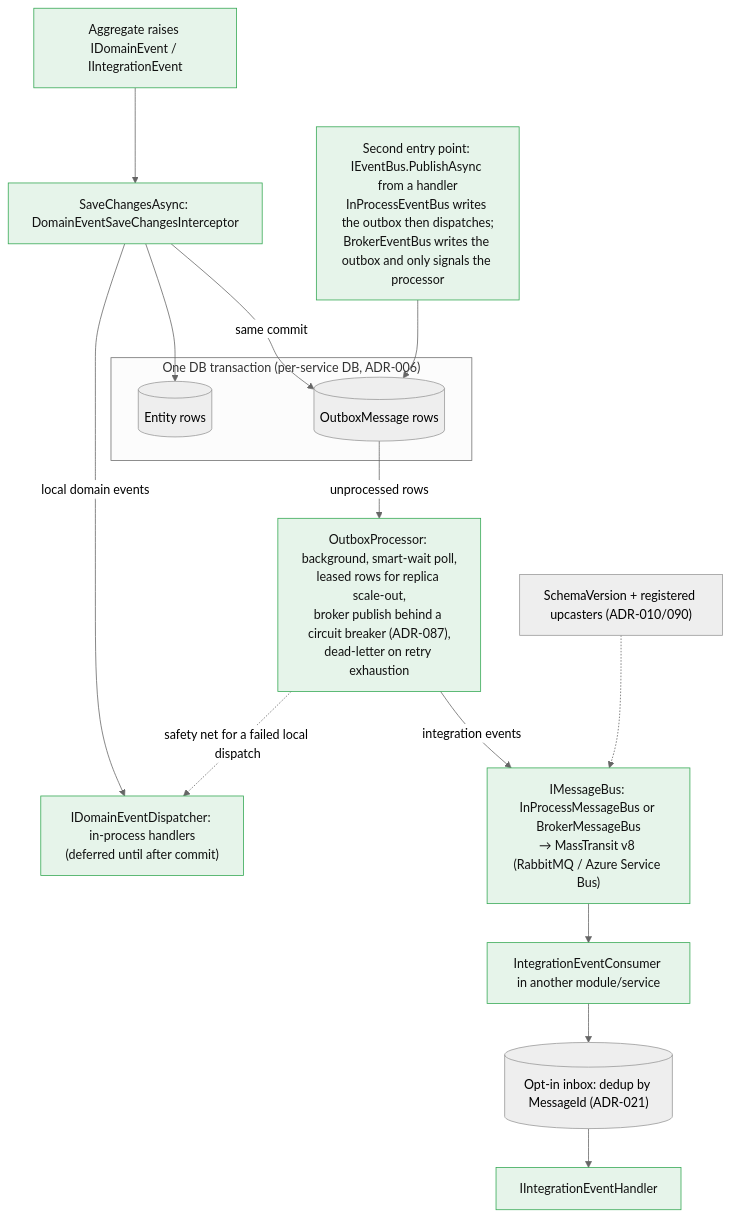
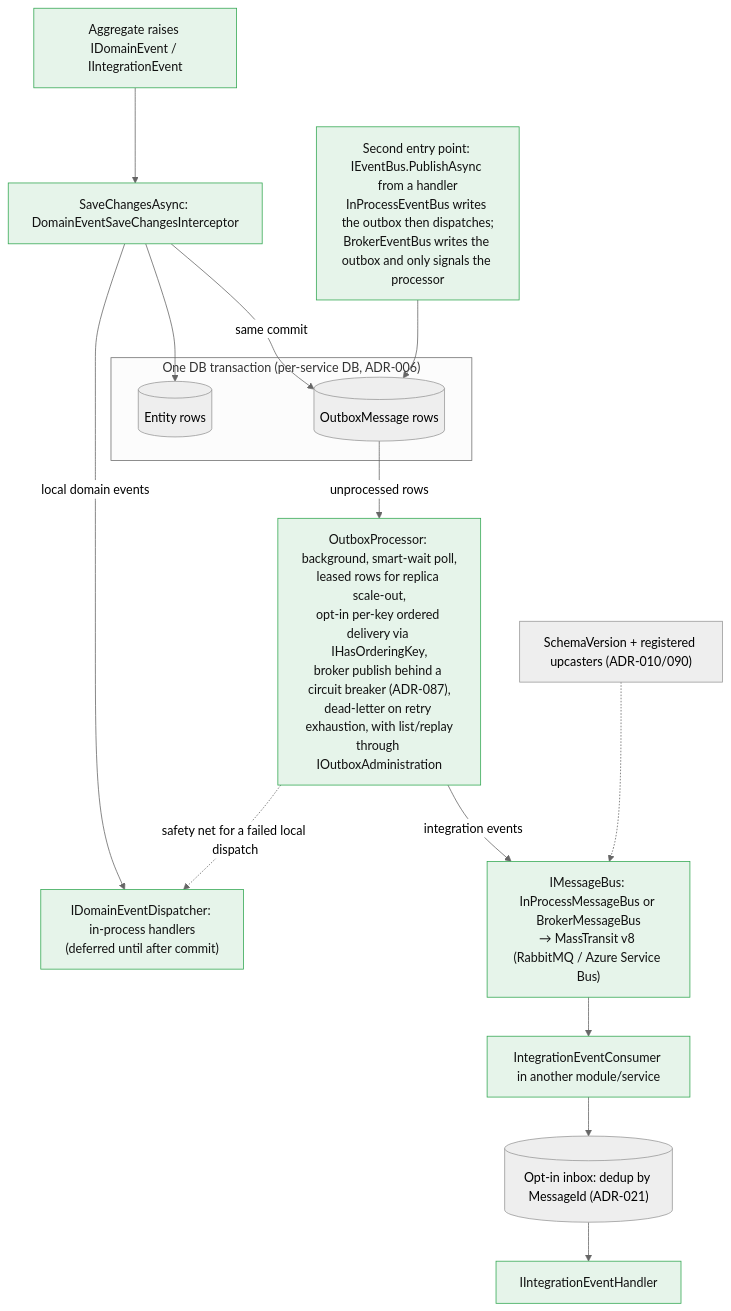
The sixth of 15 diagrams in docs-src/onboarding/CONCEPT-MAPS.md (ivanball/ivanball.github.io), drawn with Mermaid (neutral theme) before and after one commit. The commit also changed other lines of this file and 79 other files, not shown here.

````diff
--- a/docs-src/onboarding/CONCEPT-MAPS.md
+++ b/docs-src/onboarding/CONCEPT-MAPS.md
@@ -342,30 +363,30 @@
 ```mermaid
 flowchart TD
     AGG["Aggregate raises IDomainEvent / IIntegrationEvent"]
     SAVE["SaveChangesAsync: DomainEventSaveChangesInterceptor"]
     EBUS["Second entry point: IEventBus.PublishAsync from a handler<br/>InProcessEventBus writes the outbox then dispatches;<br/>BrokerEventBus writes the outbox and only signals the processor"]
     subgraph TXN["One DB transaction (per-service DB, ADR-006)"]
         ENTITY[("Entity rows")]
         OBX[("OutboxMessage rows")]
     end
     DISP["IDomainEventDispatcher: in-process handlers<br/>(deferred until after commit)"]
-    PROC["OutboxProcessor: background, smart-wait poll,<br/>leased rows for replica scale-out,<br/>broker publish behind a circuit breaker (ADR-087),<br/>dead-letter on retry exhaustion"]
+    PROC["OutboxProcessor: background, smart-wait poll,<br/>leased rows for replica scale-out,<br/>opt-in per-key ordered delivery via IHasOrderingKey,<br/>broker publish behind a circuit breaker (ADR-087),<br/>dead-letter on retry exhaustion, with list/replay<br/>through IOutboxAdministration"]
     BUS["IMessageBus: InProcessMessageBus or BrokerMessageBus<br/>→ MassTransit v8 (RabbitMQ / Azure Service Bus)"]
     CONSUMER["IntegrationEventConsumer in another module/service"]
     INBOX[("Opt-in inbox: dedup by MessageId (ADR-021)")]
     HANDLER["IIntegrationEventHandler"]
 
     AGG --> SAVE
     SAVE --> ENTITY
     SAVE -->|"same commit"| OBX
     SAVE -->|"local domain events"| DISP
     EBUS --> OBX
     OBX -->|"unprocessed rows"| PROC
     PROC -->|"integration events"| BUS
     PROC -.->|"safety net for a failed local dispatch"| DISP
     BUS --> CONSUMER --> INBOX --> HANDLER
     SCHEMA["SchemaVersion + registered upcasters (ADR-010/090)"] -.-> BUS
 
     classDef evt fill:#e6f4ea,stroke:#34a853,color:#111
     class AGG,SAVE,EBUS,PROC,DISP,BUS,CONSUMER,HANDLER evt
 ```
````
